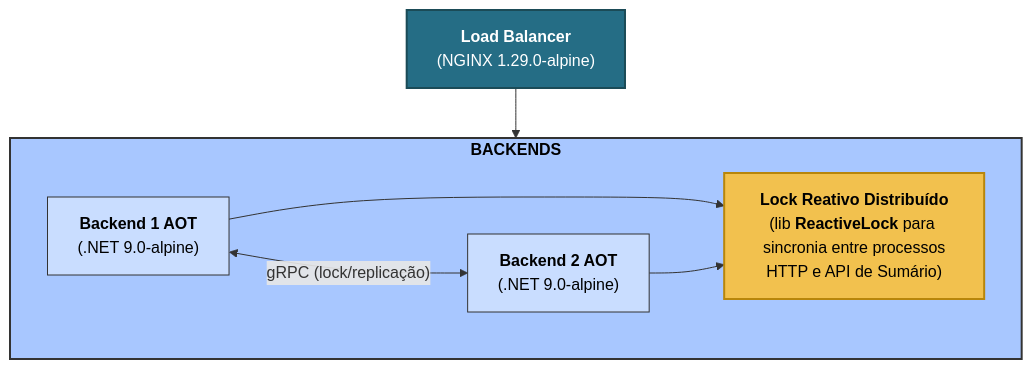
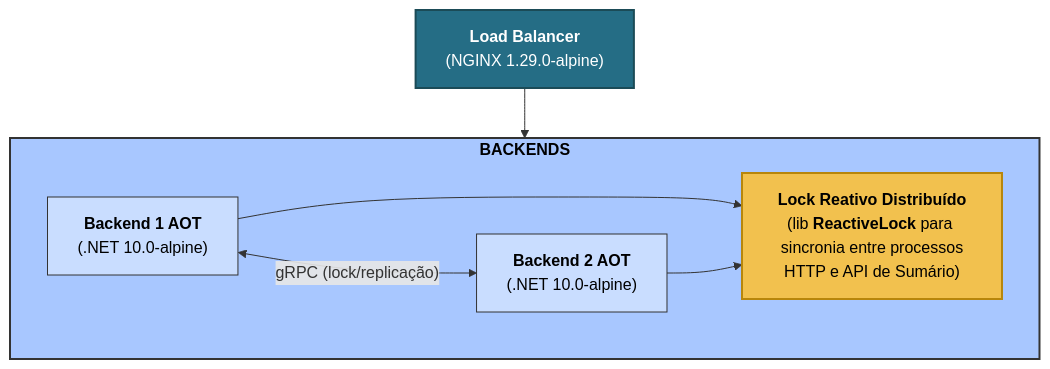
One commit to micheloliveira-com/ReactiveLock changed the diagram in README.md. Above: the diagram before and after it, drawn with Mermaid. The commit also changed other lines of this file and 11 other files, not shown here.

````diff
--- a/README.md
+++ b/README.md
@@ -47,29 +46,29 @@
 ```mermaid
 graph TD
   loadBalancer["<b>Load Balancer</b><br />(NGINX 1.29.0-alpine)"]
 
   subgraph backendsGroup["<b>BACKENDS</b>"]
-    backend1["<b>Backend 1 AOT</b><br />(.NET 9.0-alpine)"]
-    backend2["<b>Backend 2 AOT</b><br />(.NET 9.0-alpine)"]
+    backend1["<b>Backend 1 AOT</b><br />(.NET 10.0-alpine)"]
+    backend2["<b>Backend 2 AOT</b><br />(.NET 10.0-alpine)"]
     reactiveLock["<b>Lock Reativo Distribuído</b><br/>(lib <b>ReactiveLock</b> para sincronia entre processos<br/>HTTP e API de Sumário)"]
   end
 
   loadBalancer --> backendsGroup
 
   backend1 --> reactiveLock
   backend2 --> reactiveLock
 
   %% Comunicação gRPC entre APIs
   backend1 <--> |"gRPC (lock/replicação)"| backend2
 
   classDef invisible fill:none,stroke:none;
 
   %% Estilos de cor
   style loadBalancer fill:#256D85,stroke:#1B4B57,stroke-width:2px,color:#FFFFFF
 
   style backendsGroup fill:#a8c7ff,stroke:#333,stroke-width:2px,color:#000
   style backend1 fill:#c9ddff,stroke:#333,stroke-width:1px,color:#000
   style backend2 fill:#c9ddff,stroke:#333,stroke-width:1px,color:#000
   style reactiveLock fill:#f2c14e,stroke:#b8860b,stroke-width:2px,color:#000
 
 ```
````
